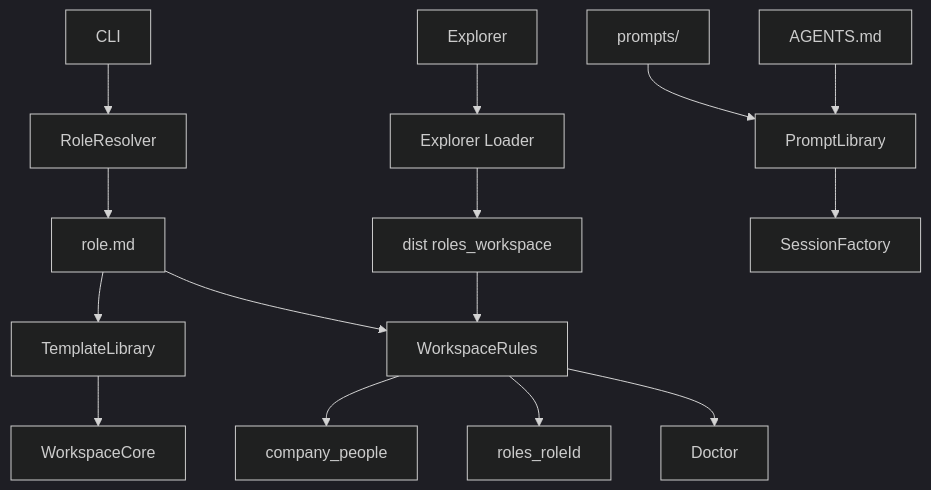
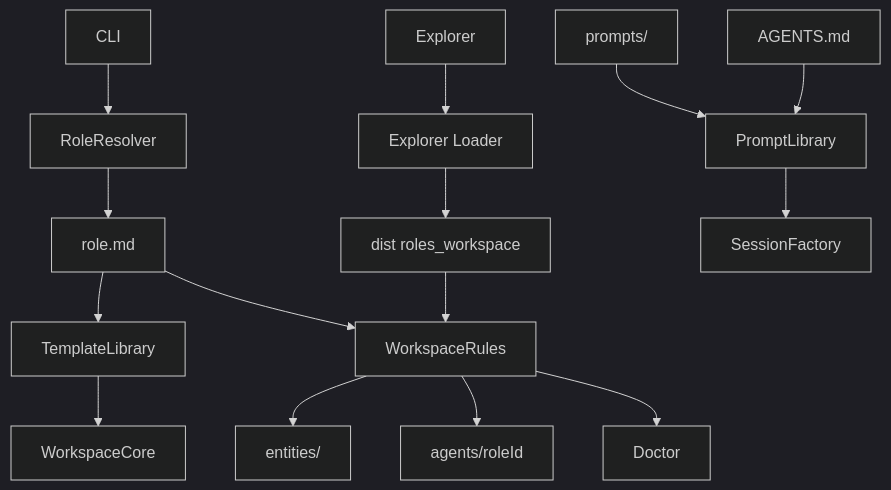
One commit to benschrauwen/hermit changed the diagram in docs/architecture.md. Above: the diagram before and after it, drawn with Mermaid (dark theme). The commit also changed other lines of this file and 76 other files, not shown here.

````diff
--- a/docs/architecture.md
+++ b/docs/architecture.md
@@ -76,17 +85,17 @@
 ```mermaid
 flowchart TD
   cli[CLI] --> roleResolver[RoleResolver]
   explorer[Explorer] --> explorerLoader[Explorer Loader]
   explorerLoader --> workspaceDist[dist roles_workspace]
   roleResolver --> roleManifest[role.md]
   roleManifest --> templateLibrary[TemplateLibrary]
   roleManifest --> workspaceRules[WorkspaceRules]
-  workspaceRules --> sharedData[company_people]
-  workspaceRules --> roleData[roles_roleId]
+  workspaceRules --> entitiesData[entities/]
+  workspaceRules --> agentData[agents/roleId]
   sharedPrompts[prompts/] --> promptLibrary[PromptLibrary]
   agentsMd[AGENTS.md] --> promptLibrary
   promptLibrary --> sessionFactory[SessionFactory]
   templateLibrary --> workspaceCore[WorkspaceCore]
   workspaceDist --> workspaceRules
   workspaceRules --> doctor[Doctor]
 ```
````
